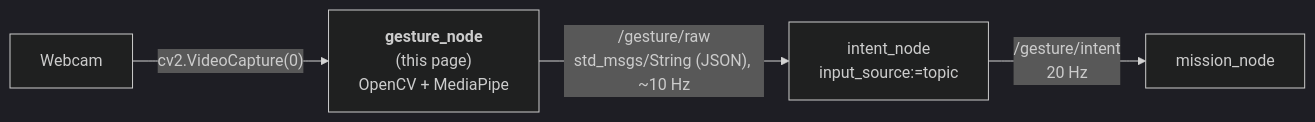
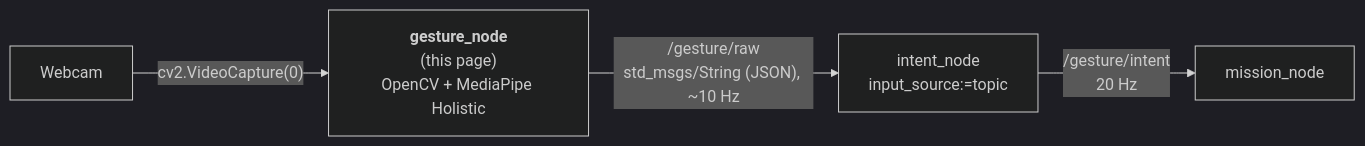
One commit to SEAME-pt/SEA-ME_Team1_ROSRangers changed the first of 3 diagrams in docs/PraticalPlan/06 Gestures/02 Gesture Node.md. Above: the diagram before and after it, drawn with Mermaid (dark theme). The commit also changed other lines of this file and 11 other files, not shown here.

````diff
--- a/docs/PraticalPlan/06 Gestures/02 Gesture Node.md
+++ b/docs/PraticalPlan/06 Gestures/02 Gesture Node.md
@@ -41,6 +36,6 @@
 ```mermaid
 flowchart LR
-  W[Webcam] -->|"cv2.VideoCapture(0)"| G["<b>gesture_node</b><br/>(this page)<br/>OpenCV + MediaPipe"]
+  W[Webcam] -->|"cv2.VideoCapture(0)"| G["<b>gesture_node</b><br/>(this page)<br/>OpenCV + MediaPipe Holistic"]
   G -->|"/gesture/raw<br/>std_msgs/String (JSON), ~10 Hz"| I["intent_node<br/>input_source:=topic"]
   I -->|"/gesture/intent<br/>20 Hz"| M["mission_node"]
 ```
````
